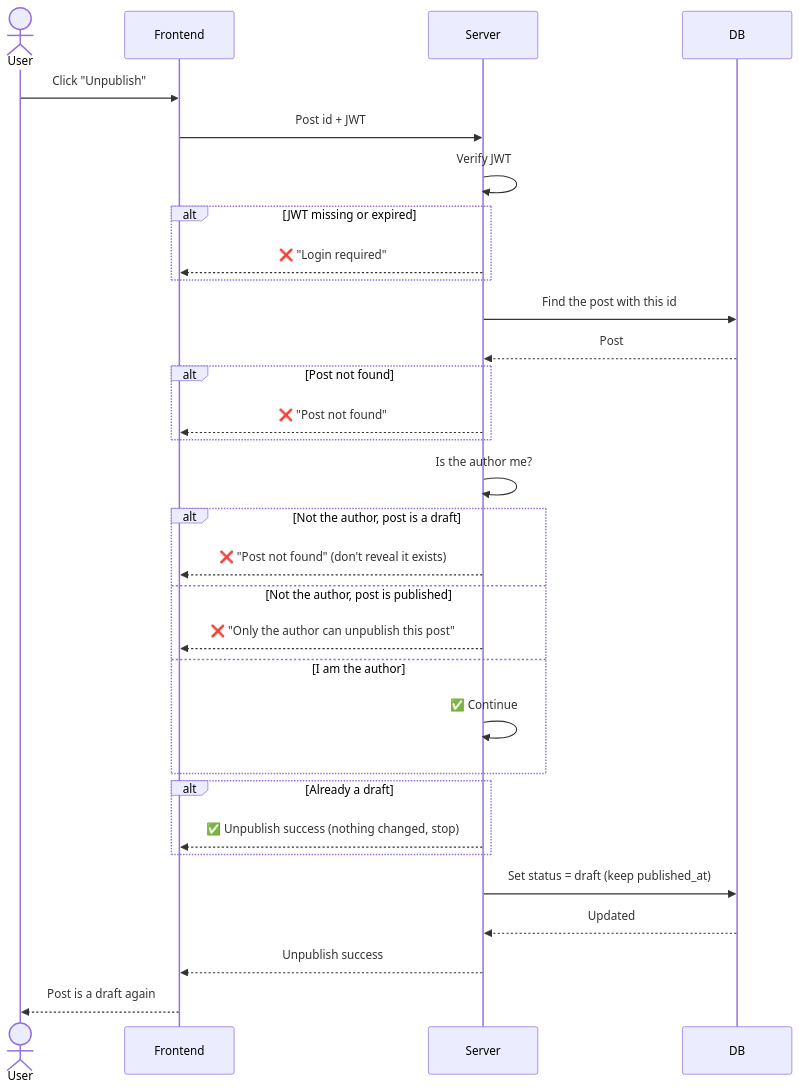
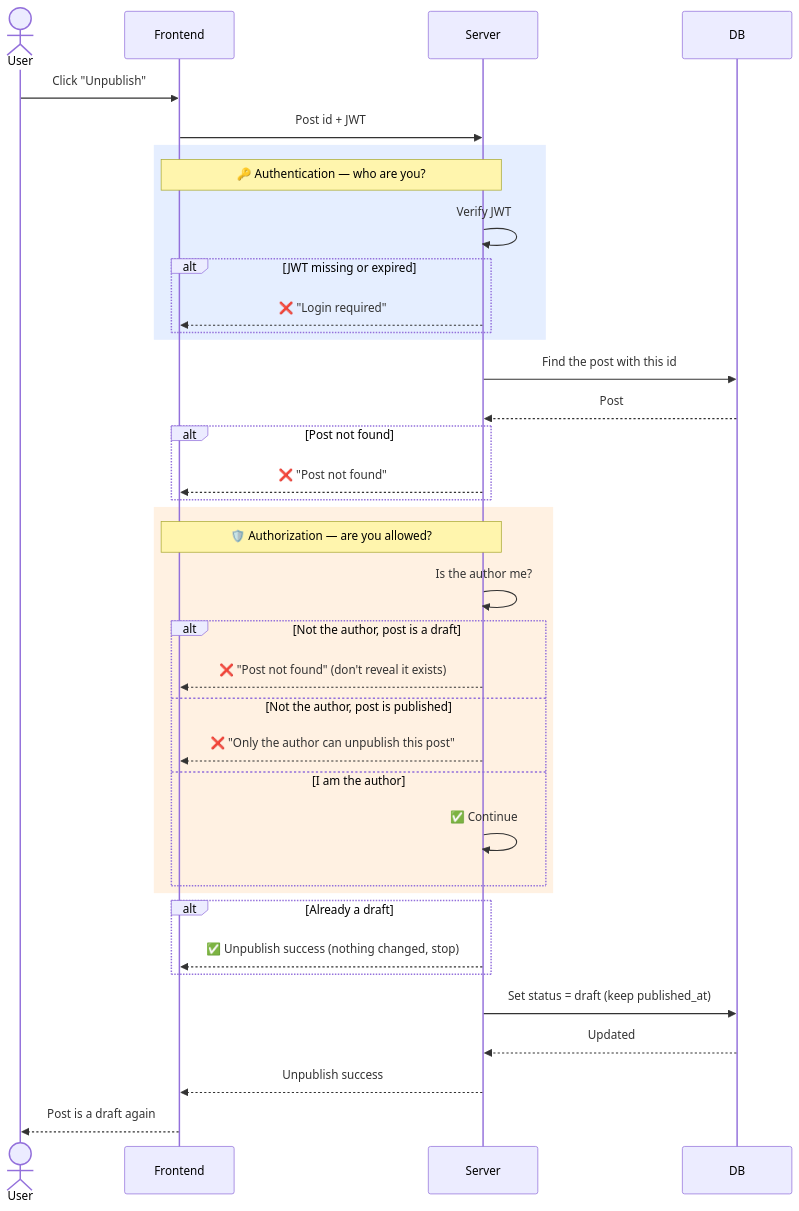
Before and after one commit to yhan0704/blogBackend: the seventh of 8 diagrams in docs/sequence-diagrams/post.md, drawn with Mermaid. The commit also changed other lines of this file and 1 other file, not shown here.

Commit message:
docs: mark authentication and authorization in post diagrams

````diff
--- a/docs/sequence-diagrams/post.md
+++ b/docs/sequence-diagrams/post.md
@@ -203,34 +241,40 @@
 ```mermaid
 sequenceDiagram
     actor User
     participant Frontend
     participant Server
     participant DB
 
     User->>Frontend: Click "Unpublish"
     Frontend->>Server: Post id + JWT
-    Server->>Server: Verify JWT
-    alt JWT missing or expired
-        Server-->>Frontend: ❌ "Login required"
+    rect rgba(80, 140, 255, 0.15)
+        Note over Frontend,Server: 🔑 Authentication — who are you?
+        Server->>Server: Verify JWT
+        alt JWT missing or expired
+            Server-->>Frontend: ❌ "Login required"
+        end
     end
     Server->>DB: Find the post with this id
     DB-->>Server: Post
     alt Post not found
         Server-->>Frontend: ❌ "Post not found"
     end
-    Server->>Server: Is the author me?
-    alt Not the author, post is a draft
-        Server-->>Frontend: ❌ "Post not found" (don't reveal it exists)
-    else Not the author, post is published
-        Server-->>Frontend: ❌ "Only the author can unpublish this post"
-    else I am the author
-        Server->>Server: ✅ Continue
+    rect rgba(255, 160, 60, 0.15)
+        Note over Frontend,Server: 🛡️ Authorization — are you allowed?
+        Server->>Server: Is the author me?
+        alt Not the author, post is a draft
+            Server-->>Frontend: ❌ "Post not found" (don't reveal it exists)
+        else Not the author, post is published
+            Server-->>Frontend: ❌ "Only the author can unpublish this post"
+        else I am the author
+            Server->>Server: ✅ Continue
+        end
     end
     alt Already a draft
         Server-->>Frontend: ✅ Unpublish success (nothing changed, stop)
     end
     Server->>DB: Set status = draft (keep published_at)
     DB-->>Server: Updated
     Server-->>Frontend: Unpublish success
     Frontend-->>User: Post is a draft again
 ```
````
